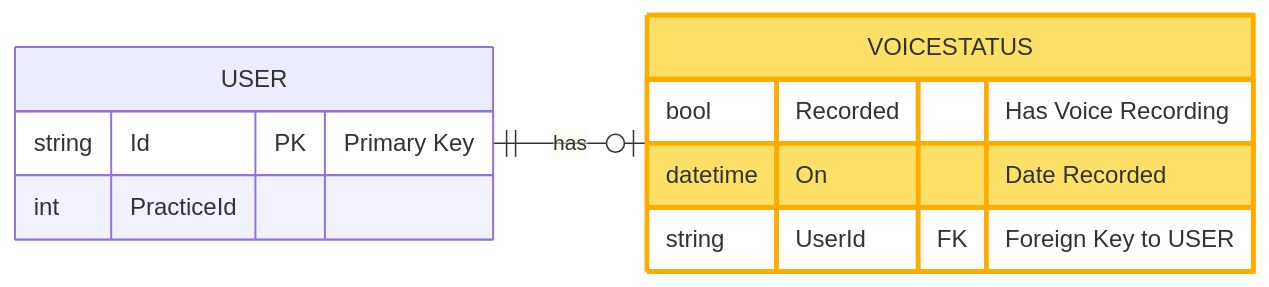
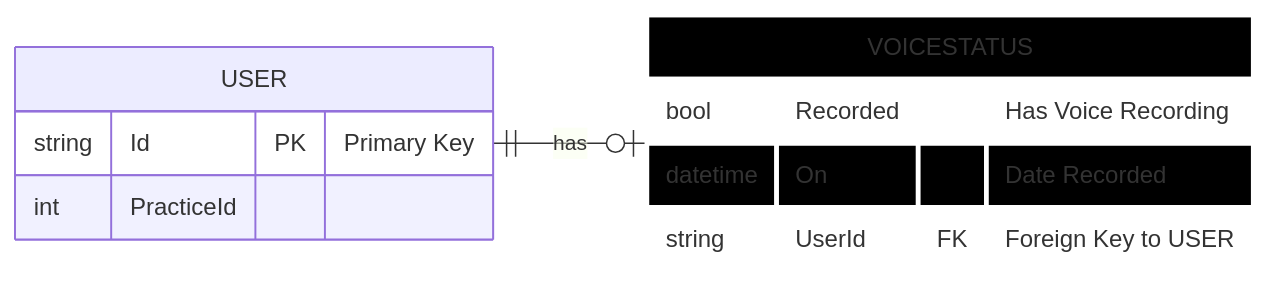
One commit to Harshita-capsitech/EmailDocs changed the third of 3 diagrams in CallTranscription/voice_sample.md. Above: the diagram before and after it, drawn with Mermaid.

Commit message:
minor changes
Updated the VOICESTATUS class definition to use black fill and white stroke for the active state.

````diff
--- a/CallTranscription/voice_sample.md
+++ b/CallTranscription/voice_sample.md
@@ -129,23 +129,25 @@
 ```mermaid
 erDiagram
     direction LR
 
     USER ||--o| VOICESTATUS : has
 
     USER {
         string Id PK "Primary Key"
         int PracticeId
     }
 
     VOICESTATUS {
         bool Recorded "Has Voice Recording"
         datetime On "Date Recorded"
         string UserId FK "Foreign Key to USER"
     }
 
-    %% Highlight VOICESTATUS to simulate 'active' state/focus
-    classDef active fill:#ffe066,stroke:#ffab00,stroke-width:3px
+    %% Highlight VOICESTATUS to simulate 'active' state/focus with black color
+    classDef active fill:#000000,stroke:#ffffff,stroke-width:3px
     class VOICESTATUS active
 
     %% Optionally, style keys for greater clarity
+
+
 ```
````
